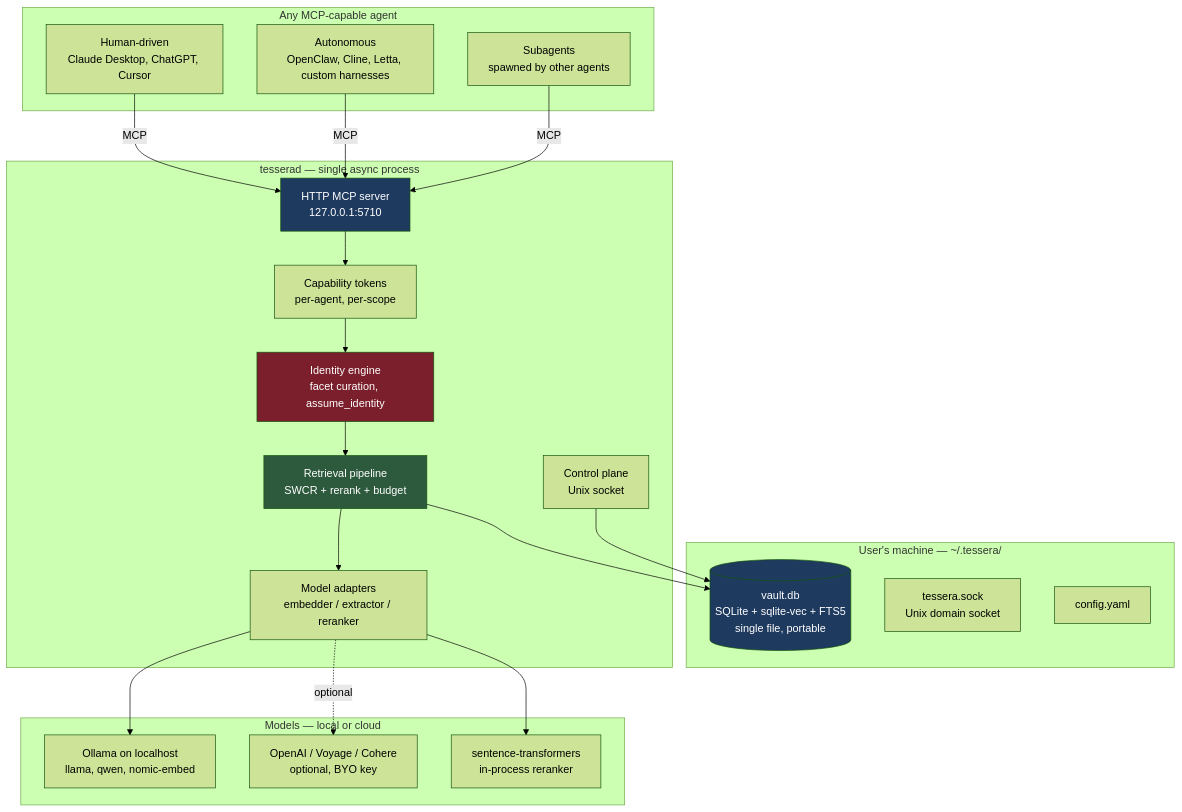
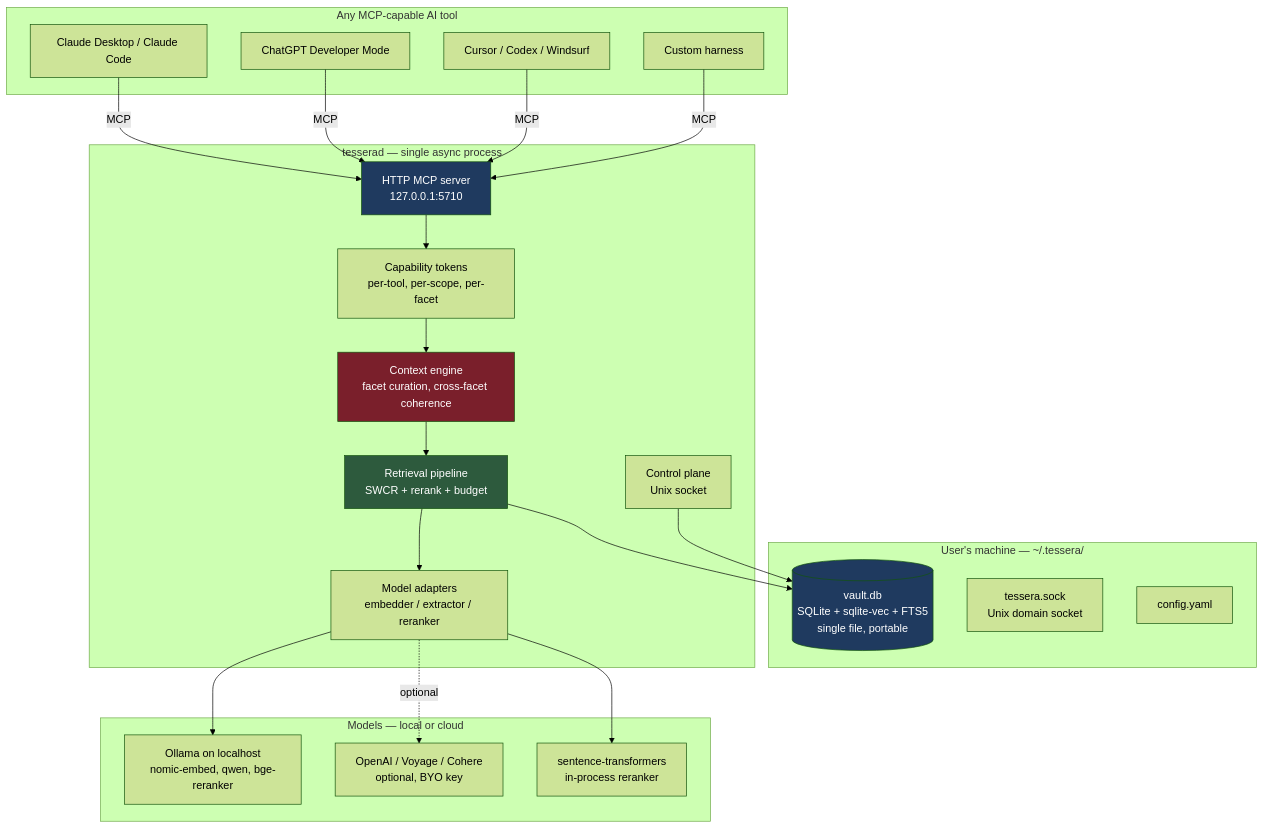
The first of 8 diagrams in docs/system-design.md (Mathews-Tom/Tessera), drawn with Mermaid (forest theme) before and after one commit. The commit also changed other lines of this file and 24 other files, not shown here.

````diff
--- a/docs/system-design.md
+++ b/docs/system-design.md
@@ -16,47 +16,49 @@
 ```mermaid
 graph TB
   subgraph LocalMachine["User's machine — ~/.tessera/"]
     VAULT[(vault.db<br/>SQLite + sqlite-vec + FTS5<br/>single file, portable)]
     SOCK[tessera.sock<br/>Unix domain socket]
     CFG[config.yaml]
   end
 
   subgraph Daemon["tesserad — single async process"]
     HTTPMCP[HTTP MCP server<br/>127.0.0.1:5710]
     CTRL[Control plane<br/>Unix socket]
     RETR[Retrieval pipeline<br/>SWCR + rerank + budget]
-    AUTH[Capability tokens<br/>per-agent, per-scope]
+    AUTH[Capability tokens<br/>per-tool, per-scope, per-facet]
     ADAPT[Model adapters<br/>embedder / extractor / reranker]
-    IDENT[Identity engine<br/>facet curation, assume_identity]
+    CTX[Context engine<br/>facet curation, cross-facet coherence]
   end
 
-  subgraph Agents["Any MCP-capable agent"]
-    HUMAN[Human-driven<br/>Claude Desktop, ChatGPT, Cursor]
-    AUTO[Autonomous<br/>OpenClaw, Cline, Letta, custom harnesses]
-    SUB[Subagents<br/>spawned by other agents]
+  subgraph Tools["Any MCP-capable AI tool"]
+    CLAUDE[Claude Desktop / Claude Code]
+    GPT[ChatGPT Developer Mode]
+    CURSOR[Cursor / Codex / Windsurf]
+    CUSTOM[Custom harness]
   end
 
   subgraph Models["Models — local or cloud"]
-    OLLAMA[Ollama on localhost<br/>llama, qwen, nomic-embed]
+    OLLAMA[Ollama on localhost<br/>nomic-embed, qwen, bge-reranker]
     CLOUD[OpenAI / Voyage / Cohere<br/>optional, BYO key]
     ST[sentence-transformers<br/>in-process reranker]
   end
 
-  HUMAN -->|MCP| HTTPMCP
-  AUTO -->|MCP| HTTPMCP
-  SUB -->|MCP| HTTPMCP
+  CLAUDE -->|MCP| HTTPMCP
+  GPT -->|MCP| HTTPMCP
+  CURSOR -->|MCP| HTTPMCP
+  CUSTOM -->|MCP| HTTPMCP
   HTTPMCP --> AUTH
-  AUTH --> IDENT
-  IDENT --> RETR
+  AUTH --> CTX
+  CTX --> RETR
   RETR --> VAULT
   RETR --> ADAPT
   ADAPT --> OLLAMA
   ADAPT -.optional.-> CLOUD
   ADAPT --> ST
   CTRL --> VAULT
 
   style VAULT fill:#1f3a5f,color:#fff
   style HTTPMCP fill:#1f3a5f,color:#fff
-  style IDENT fill:#7a1f2b,color:#fff
+  style CTX fill:#7a1f2b,color:#fff
   style RETR fill:#2d5a3d,color:#fff
 ```
````
